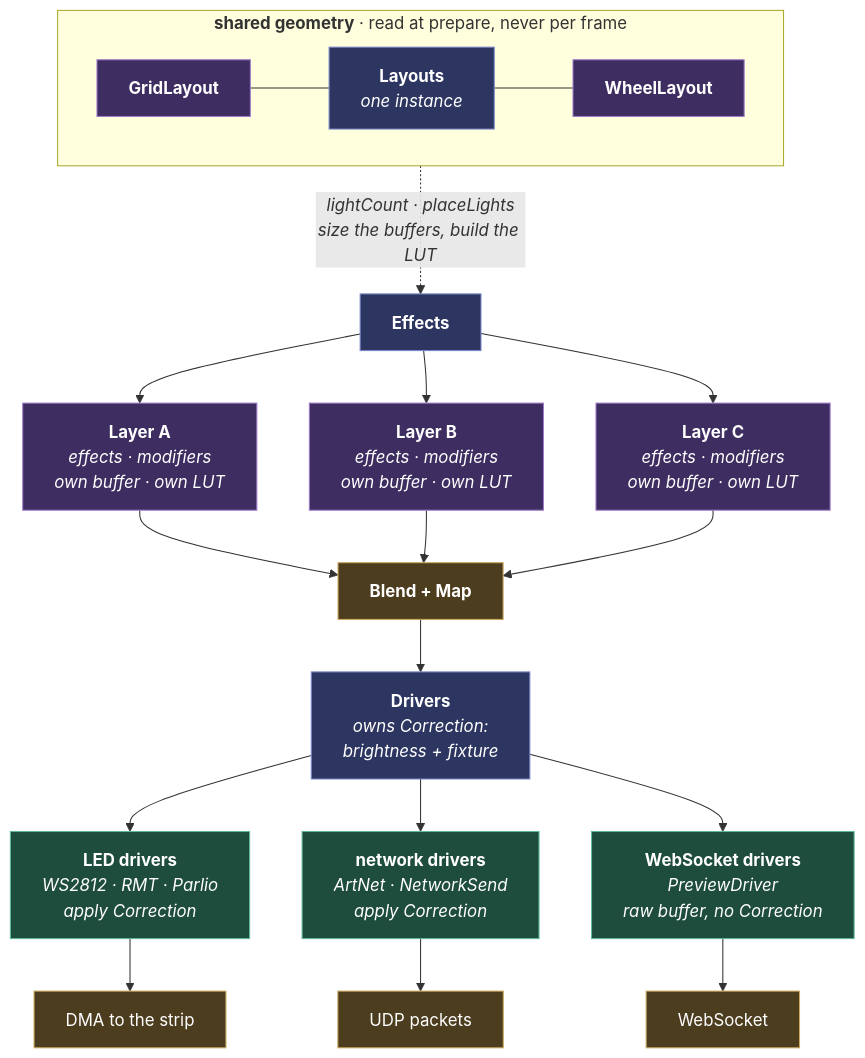
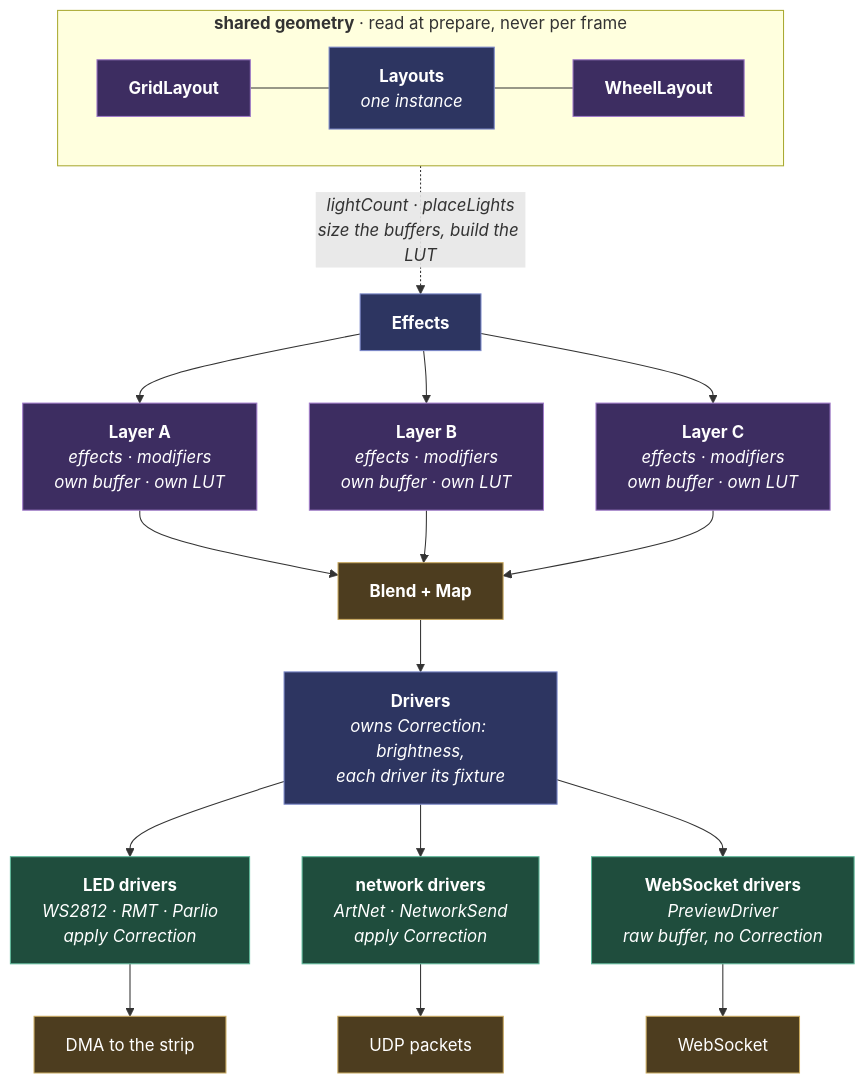
Before and after one commit to MoonModules/MoonLight: the diagram in docs/explanation/architecture/moonlight.md, drawn with Mermaid. The commit also changed 94 other files, not shown here.

````diff
--- a/docs/explanation/architecture/moonlight.md
+++ b/docs/explanation/architecture/moonlight.md
@@ -11,43 +11,43 @@
 ```mermaid
 flowchart TB
     subgraph shared["<b>shared geometry</b> · read at prepare, never per frame"]
         direction LR
         grid["<b>GridLayout</b>"]
         layouts["<b>Layouts</b><br/><i>one instance</i>"]
         wheel["<b>WheelLayout</b>"]
         grid --- layouts --- wheel
     end
 
     effects["<b>Effects</b>"]
     shared -.->|"<i>lightCount · placeLights<br/>size the buffers, build the LUT</i>"| effects
 
     a["<b>Layer A</b><br/><i>effects · modifiers</i><br/><i>own buffer · own LUT</i>"]
     b["<b>Layer B</b><br/><i>effects · modifiers</i><br/><i>own buffer · own LUT</i>"]
     c["<b>Layer C</b><br/><i>effects · modifiers</i><br/><i>own buffer · own LUT</i>"]
     effects --> a & b & c
 
     blend["<b>Blend + Map</b>"]
     a & b & c --> blend
 
-    drivers["<b>Drivers</b><br/><i>owns Correction:<br/>brightness + fixture</i>"]
+    drivers["<b>Drivers</b><br/><i>owns Correction: brightness,<br/>each driver its fixture</i>"]
     blend --> drivers
 
     led["<b>LED drivers</b><br/><i>WS2812 · RMT · Parlio</i><br/><i>apply Correction</i>"]
     net["<b>network drivers</b><br/><i>ArtNet · NetworkSend</i><br/><i>apply Correction</i>"]
     prev["<b>WebSocket drivers</b><br/><i>PreviewDriver</i><br/><i>raw buffer, no Correction</i>"]
     drivers --> led & net & prev
 
     led --> dma["DMA to the strip"]
     net --> udp["UDP packets"]
     prev --> sock["WebSocket"]
 
     classDef po fill:#2d3561,stroke:#7b88c9,color:#fff
     classDef agent fill:#3d2d61,stroke:#a07bc9,color:#fff
     classDef check fill:#1f4d3d,stroke:#5fb89a,color:#fff
     classDef gate fill:#4d3d1f,stroke:#c9a95f,color:#fff
     class layouts,effects,drivers po
     class grid,wheel,a,b,c agent
     class blend gate
     class led,net,prev check
     class dma,udp,sock gate
 ```
````
